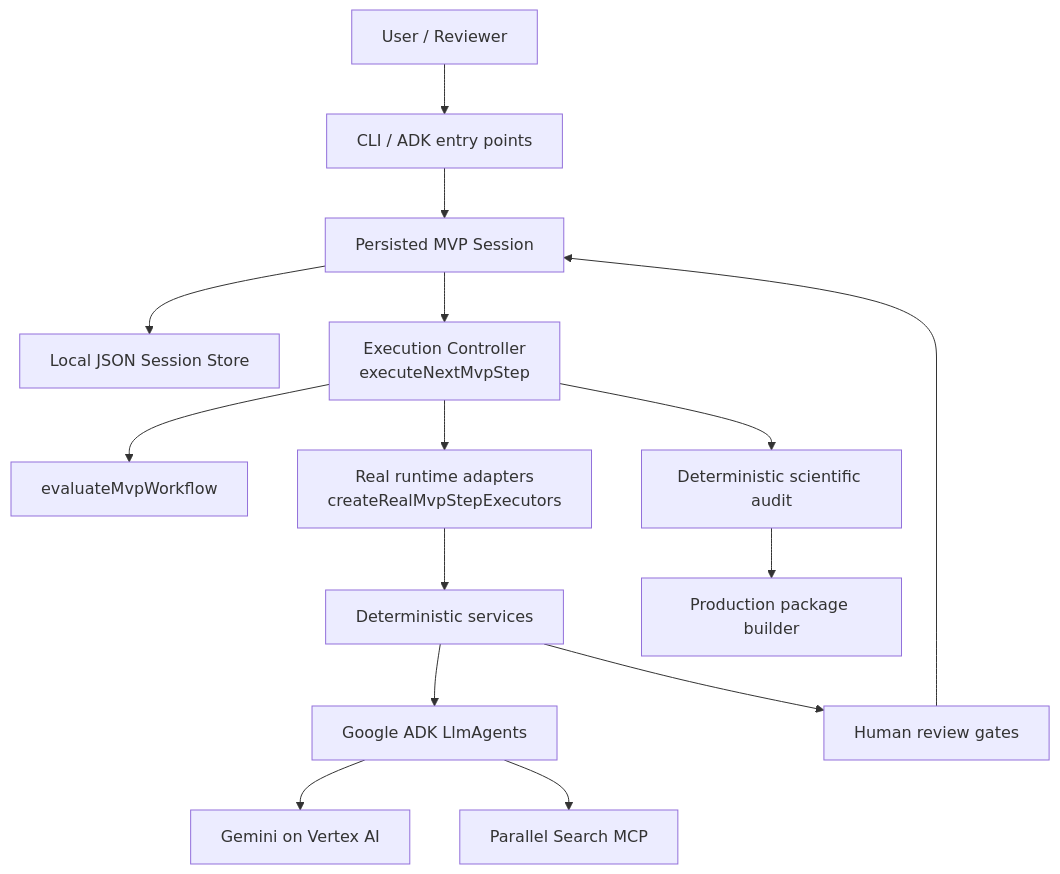
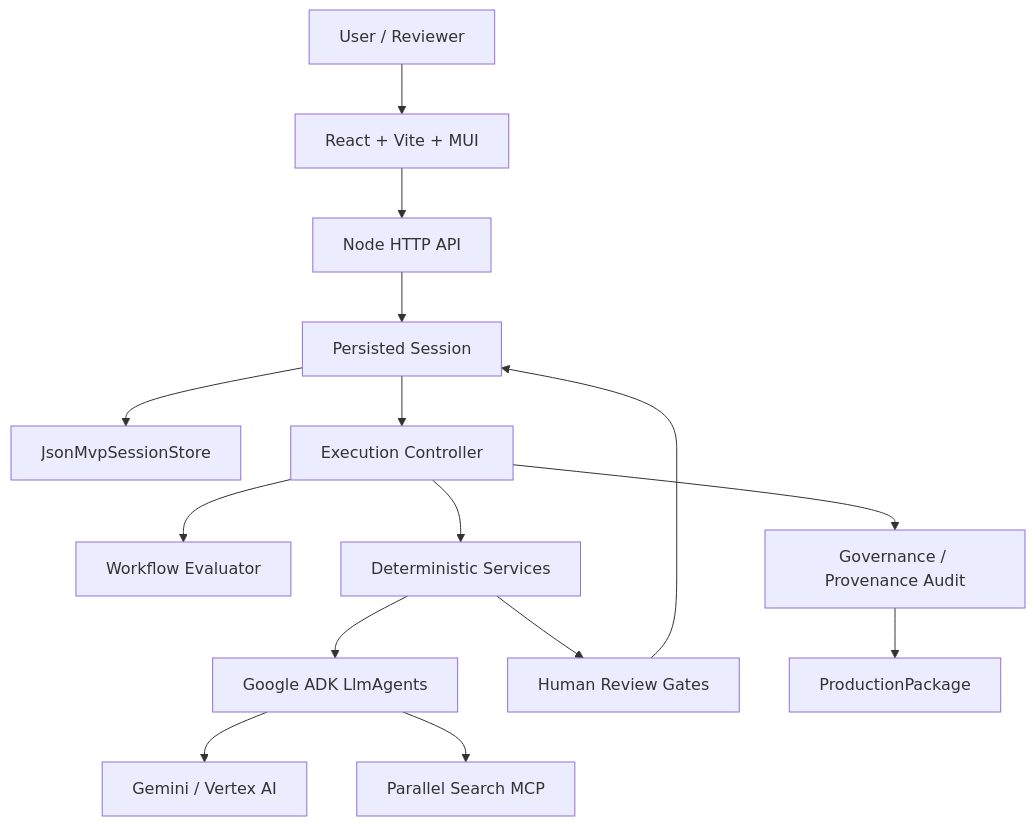
The diagram in README.md (amin076/tital), drawn with Mermaid before and after one commit. The commit also changed other lines of this file, not shown here.

Commit message:
docs: refresh README for completed governed web MVP

````diff
--- a/README.md
+++ b/README.md
@@ -35,32 +109,26 @@
 ```mermaid
 graph TD
     U[User / Reviewer]
-    CLI[CLI / ADK entry points]
-    PS[Persisted MVP Session]
-    STORE[Local JSON Session Store]
-    EC[Execution Controller\nexecuteNextMvpStep]
-    EV[evaluateMvpWorkflow]
-    RX[Real runtime adapters\ncreateRealMvpStepExecutors]
-    S[Deterministic services]
-    A[Google ADK LlmAgents]
-    G[Gemini on Vertex AI]
+    WEB[React + Vite + MUI]
+    API[Node HTTP API]
+    PS[Persisted Session]
+    STORE[JsonMvpSessionStore]
+    EC[Execution Controller]
+    EV[Workflow Evaluator]
+    DS[Deterministic Services]
+    AG[Google ADK LlmAgents]
+    G[Gemini / Vertex AI]
     P[Parallel Search MCP]
-    H[Human review gates]
-    AU[Deterministic scientific audit]
-    PKG[Production package builder]
+    H[Human Review Gates]
+    A[Governance / Provenance Audit]
+    PKG[ProductionPackage]
 
-    U --> CLI
-    CLI --> PS
+    U --> WEB --> API --> PS
     PS --> STORE
-    PS --> EC
-    EC --> EV
-    EC --> RX
-    RX --> S
-    S --> A
-    A --> G
-    A --> P
-    S --> H
-    H --> PS
-    EC --> AU
-    AU --> PKG
+    PS --> EC --> EV
+    EC --> DS --> AG
+    AG --> G
+    AG --> P
+    DS --> H --> PS
+    EC --> A --> PKG
 ```
````
